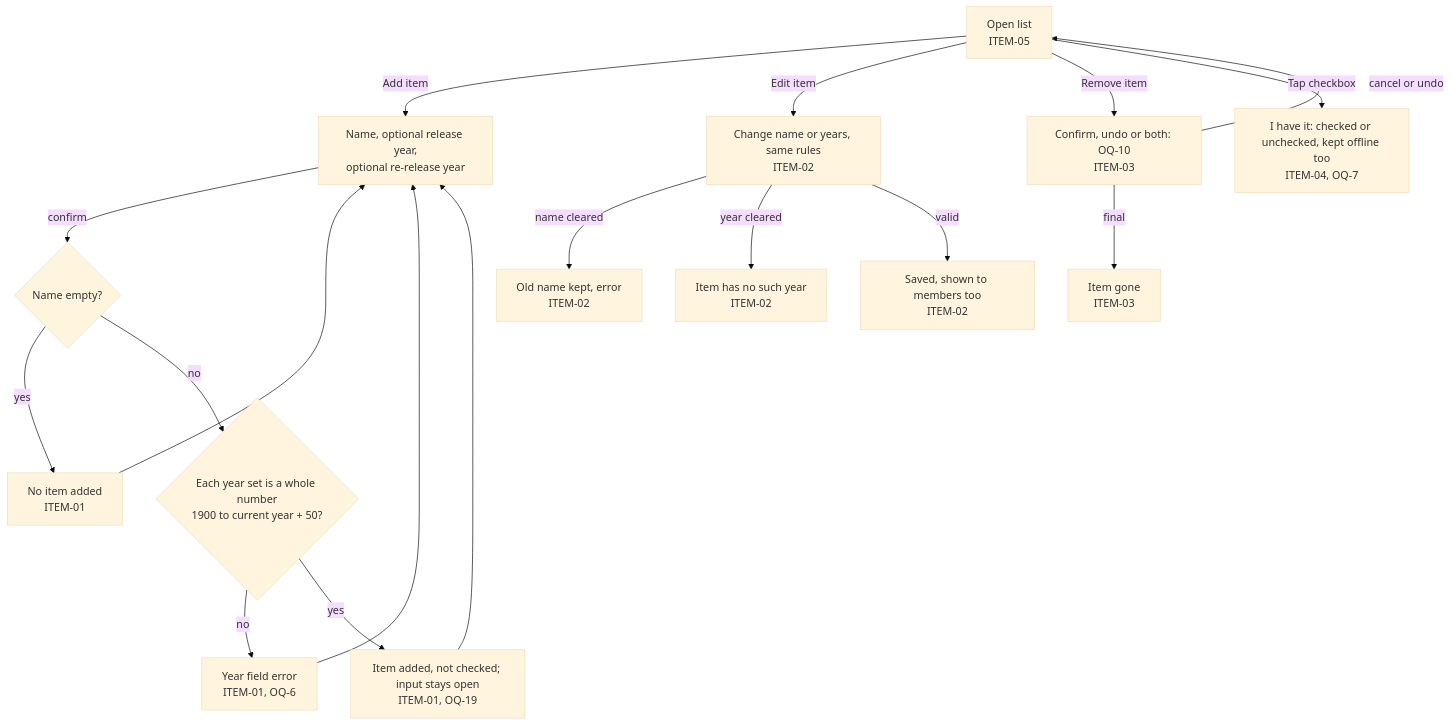
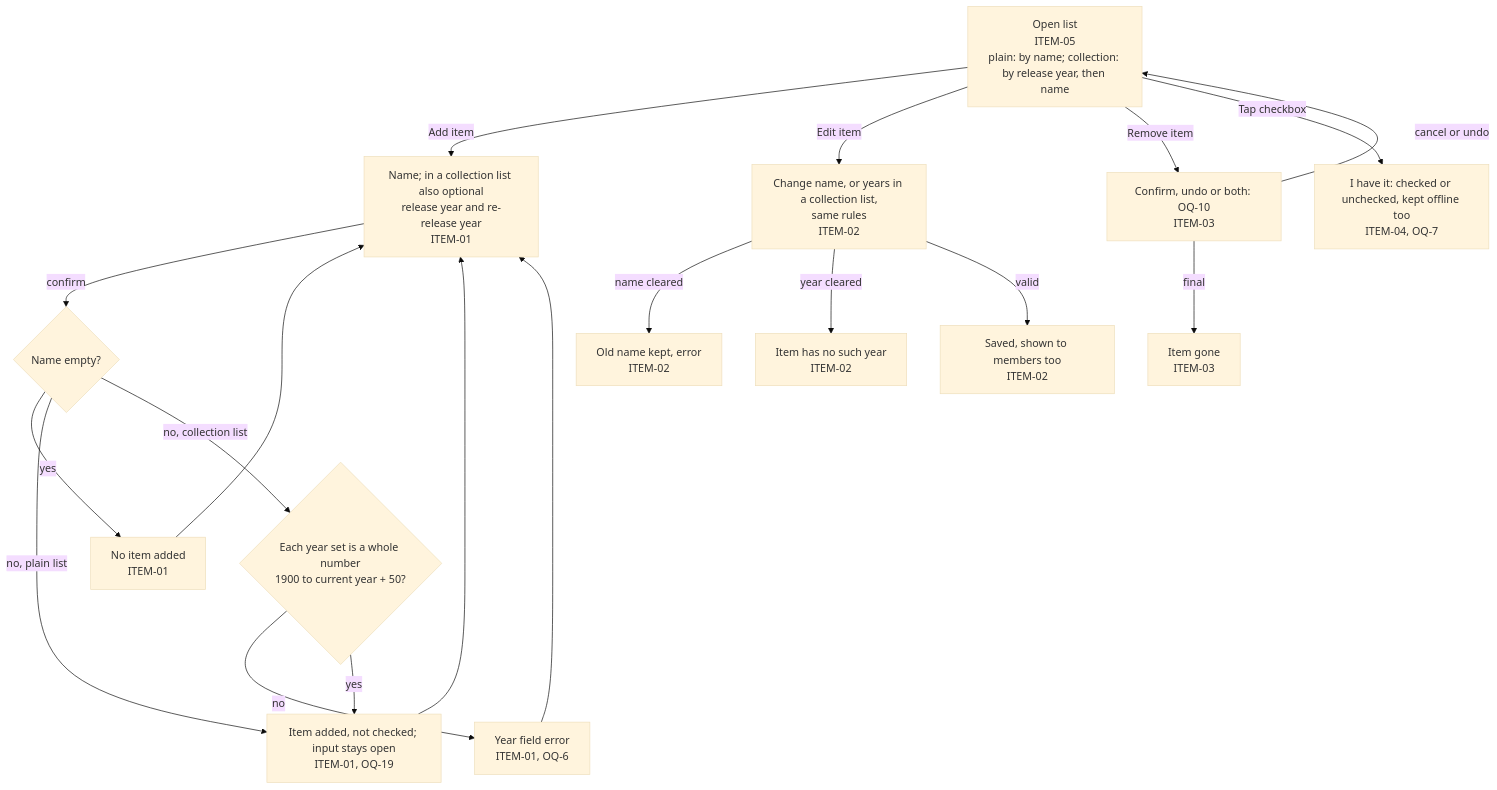
The seventh of 11 diagrams in docs/product/flow.md (bondo/listicles2), drawn with Mermaid (base theme) before and after one commit. The commit also changed other lines of this file and 1 other file, not shown here.

First line of the commit message:
docs(product): add plain and collection list types to the stories and flow

````diff
--- a/docs/product/flow.md
+++ b/docs/product/flow.md
@@ -191,18 +191,19 @@
 ```mermaid
 flowchart TD
-    open["Open list<br>ITEM-05"] -- "Add item" --> input["Name, optional release year,<br>optional re-release year"]
+    open["Open list<br>ITEM-05<br>plain: by name; collection: by release year, then name"] -- "Add item" --> input["Name; in a collection list also optional<br>release year and re-release year<br>ITEM-01"]
     input -- "confirm" --> iname{"Name empty?"}
     iname -- "yes" --> noadd["No item added<br>ITEM-01"] --> input
-    iname -- "no" --> years{"Each year set is a whole number<br>1900 to current year + 50?"}
+    iname -- "no, plain list" --> added
+    iname -- "no, collection list" --> years{"Each year set is a whole number<br>1900 to current year + 50?"}
     years -- "no" --> yerr["Year field error<br>ITEM-01, OQ-6"] --> input
     years -- "yes" --> added["Item added, not checked; input stays open<br>ITEM-01, OQ-19"]
     added --> input
-    open -- "Edit item" --> edit["Change name or years, same rules<br>ITEM-02"]
+    open -- "Edit item" --> edit["Change name, or years in a collection list,<br>same rules<br>ITEM-02"]
     edit -- "name cleared" --> keep["Old name kept, error<br>ITEM-02"]
     edit -- "year cleared" --> noyear["Item has no such year<br>ITEM-02"]
     edit -- "valid" --> saved["Saved, shown to members too<br>ITEM-02"]
     open -- "Remove item" --> rem["Confirm, undo or both: OQ-10<br>ITEM-03"]
     rem -- "cancel or undo" --> open
     rem -- "final" --> rgone["Item gone<br>ITEM-03"]
     open -- "Tap checkbox" --> toggle["I have it: checked or unchecked, kept offline too<br>ITEM-04, OQ-7"]
 ```
````
